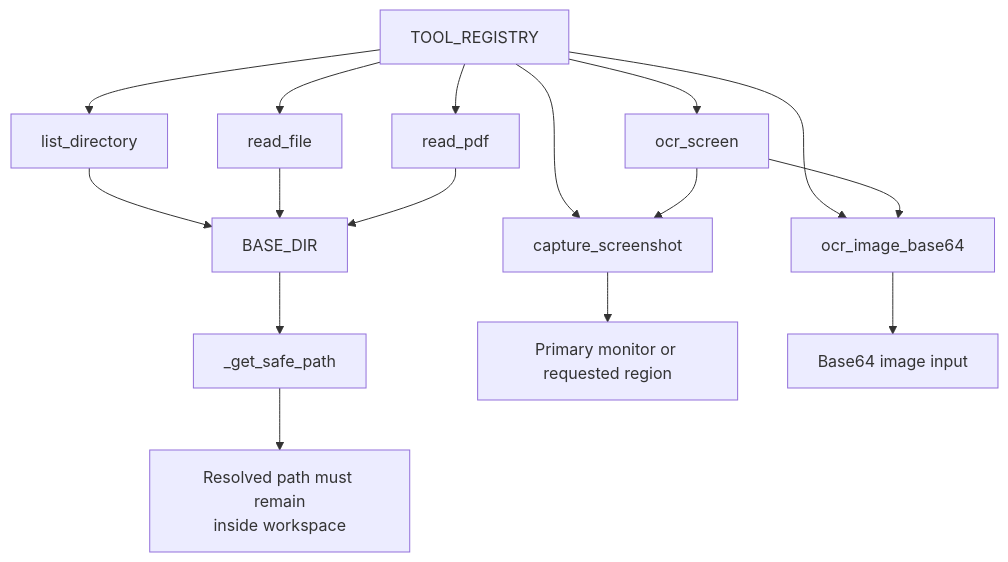
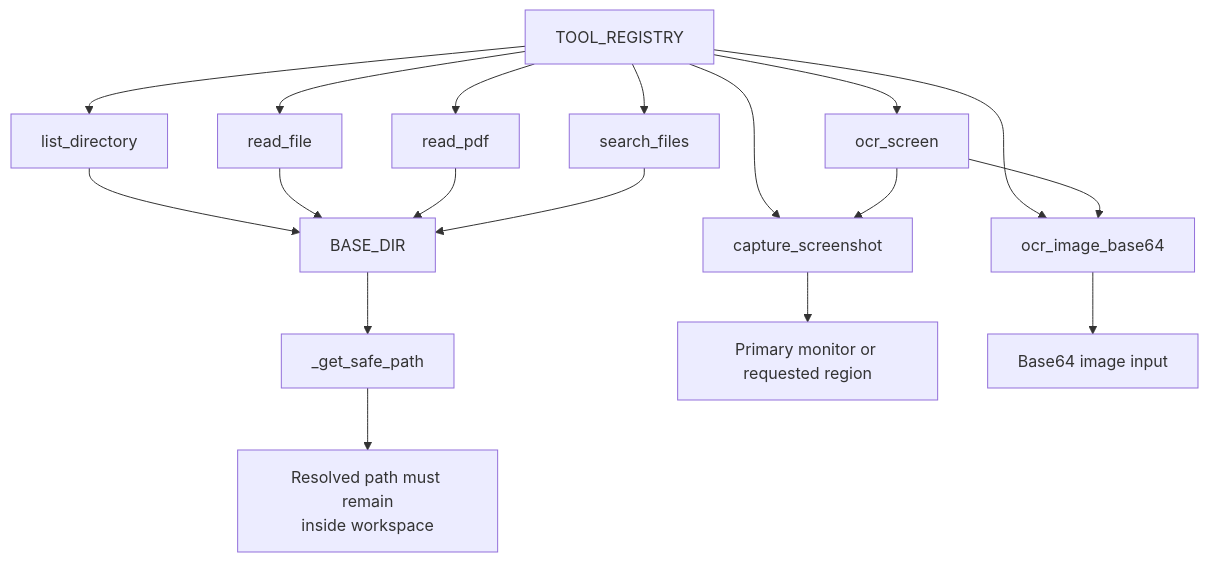
The fourth of 12 diagrams in ARCHITECTURE.md (eigenlambda123/AIgen), drawn with Mermaid before and after one commit. The commit also changed other lines of this file and 3 other files, not shown here.

````diff
--- a/ARCHITECTURE.md
+++ b/ARCHITECTURE.md
@@ -98,20 +98,22 @@
 ```mermaid
 flowchart TD
     R[TOOL_REGISTRY] --> FS[list_directory]
     R --> RF[read_file]
     R --> RP[read_pdf]
+    R --> SF[search_files]
     R --> CS[capture_screenshot]
     R --> OI[ocr_image_base64]
     R --> OS[ocr_screen]
 
     FS --> B[BASE_DIR]
     RF --> B
     RP --> B
+    SF --> B
     B --> G[_get_safe_path]
     G --> S[Resolved path must remain<br/>inside workspace]
 
     CS --> Screen[Primary monitor or requested region]
     OI --> Image[Base64 image input]
     OS --> CS
     OS --> OI
 ```
````
